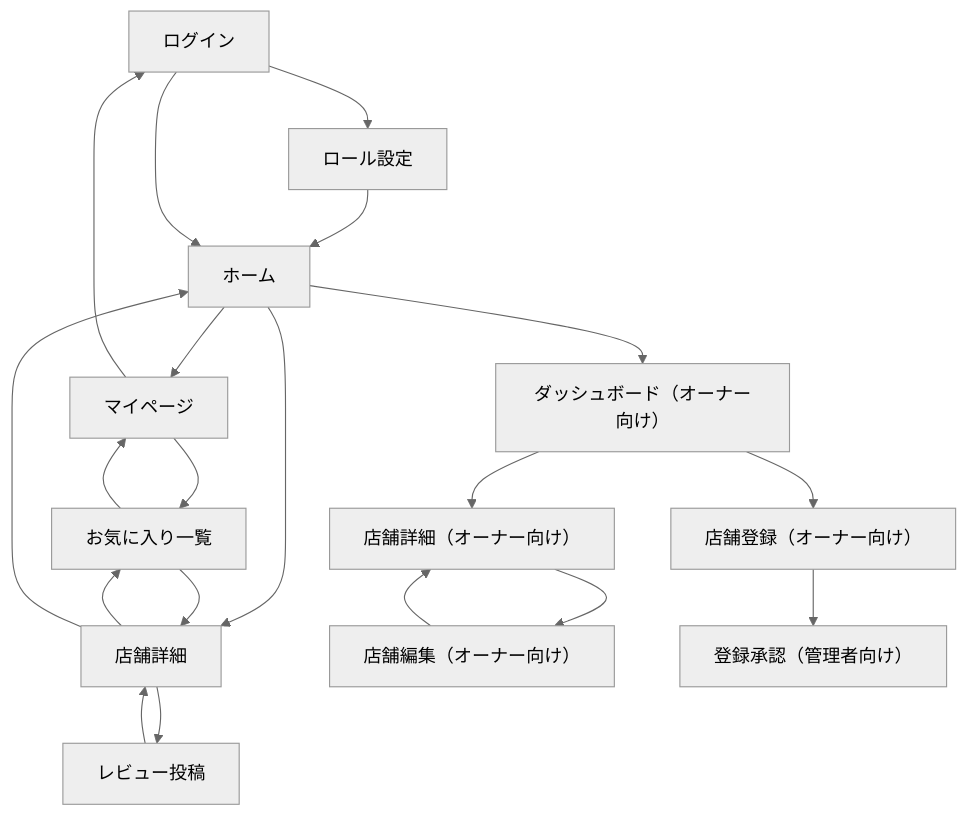
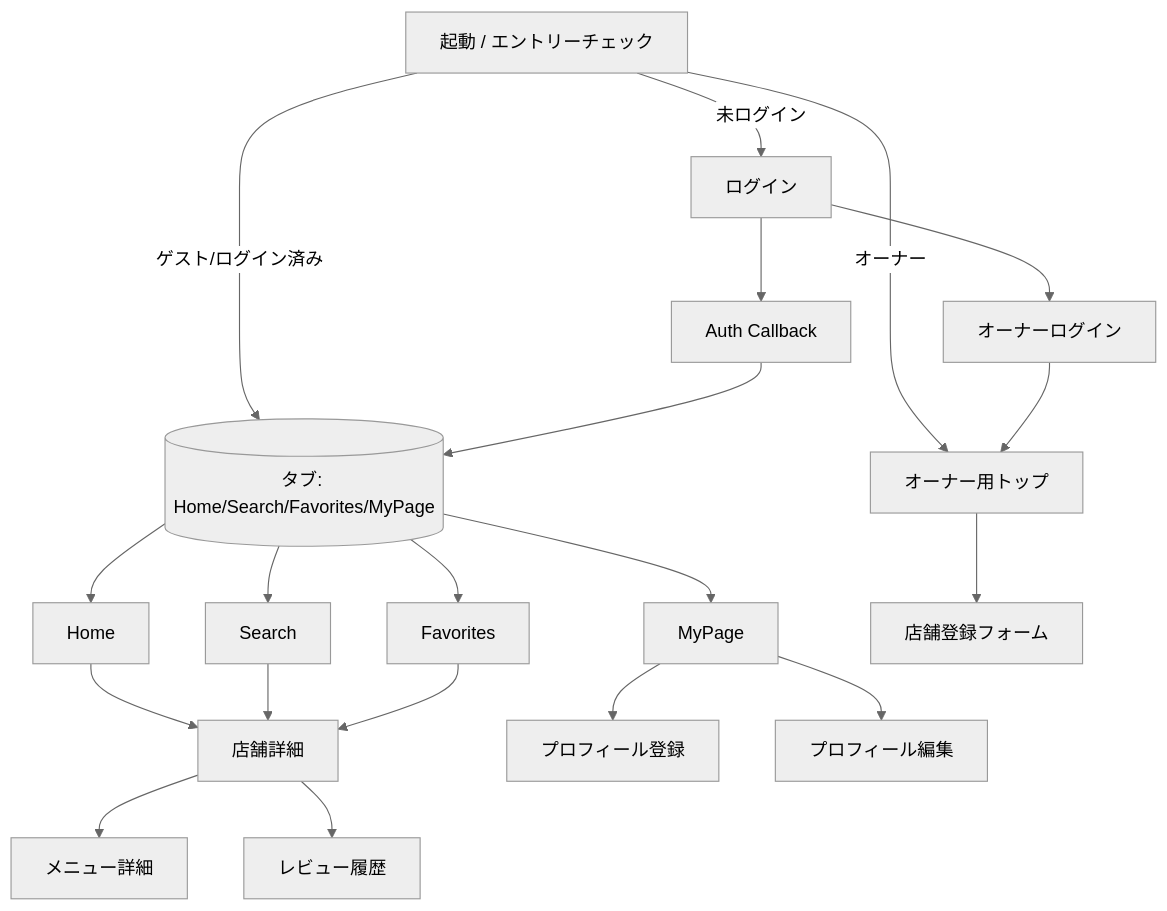
One commit to TeamH04/team-production changed the diagram in docs/screen-flow.md. Above: the diagram before and after it, drawn with Mermaid (neutral theme). The commit also changed other lines of this file and 8 other files, not shown here.

````diff
--- a/docs/screen-flow.md
+++ b/docs/screen-flow.md
@@ -17,31 +10,26 @@
 ```mermaid
 flowchart TD
+    entry[起動 / エントリーチェック] -->|未ログイン| login[ログイン]
+    entry -->|ゲスト/ログイン済み| tabs[(タブ: Home/Search/Favorites/MyPage)]
+    entry -->|オーナー| ownerDashboard[オーナー用トップ]
 
-    A[ログイン] --> B[ロール設定]
-    B --> C[ホーム]
-    A --> C
+    login --> authCallback[Auth Callback]
+    authCallback --> tabs
+    login --> ownerLogin[オーナーログイン]
+    ownerLogin --> ownerDashboard
 
-    C --> D[マイページ]
-    C --> E[店舗詳細]
-    C --> O[ダッシュボード（オーナー向け）]
-    D --> A
+    tabs --> home[Home]
+    tabs --> search[Search]
+    tabs --> favorites[Favorites]
+    tabs --> mypage[MyPage]
 
-    O --> F[店舗登録（オーナー向け）]
-    O --> K[店舗詳細（オーナー向け）]
+    home --> shopDetail[店舗詳細]
+    search --> shopDetail
+    favorites --> shopDetail
+    shopDetail --> menuDetail[メニュー詳細]
+    shopDetail --> reviewHistory[レビュー履歴]
 
-    D --> G[お気に入り一覧]
-    G --> D
-    G --> E
-    E --> G
-    E --> C
-
-
-    E --> H[レビュー投稿]
-    H --> E
-
-    K --> I[店舗編集（オーナー向け）]
-    I --> K
-
-    F --> J[登録承認（管理者向け）]
-
+    mypage --> profileRegister[プロフィール登録]
+    mypage --> profileEdit[プロフィール編集]
+    ownerDashboard --> ownerRegisterShop[店舗登録フォーム]
 ```
````
